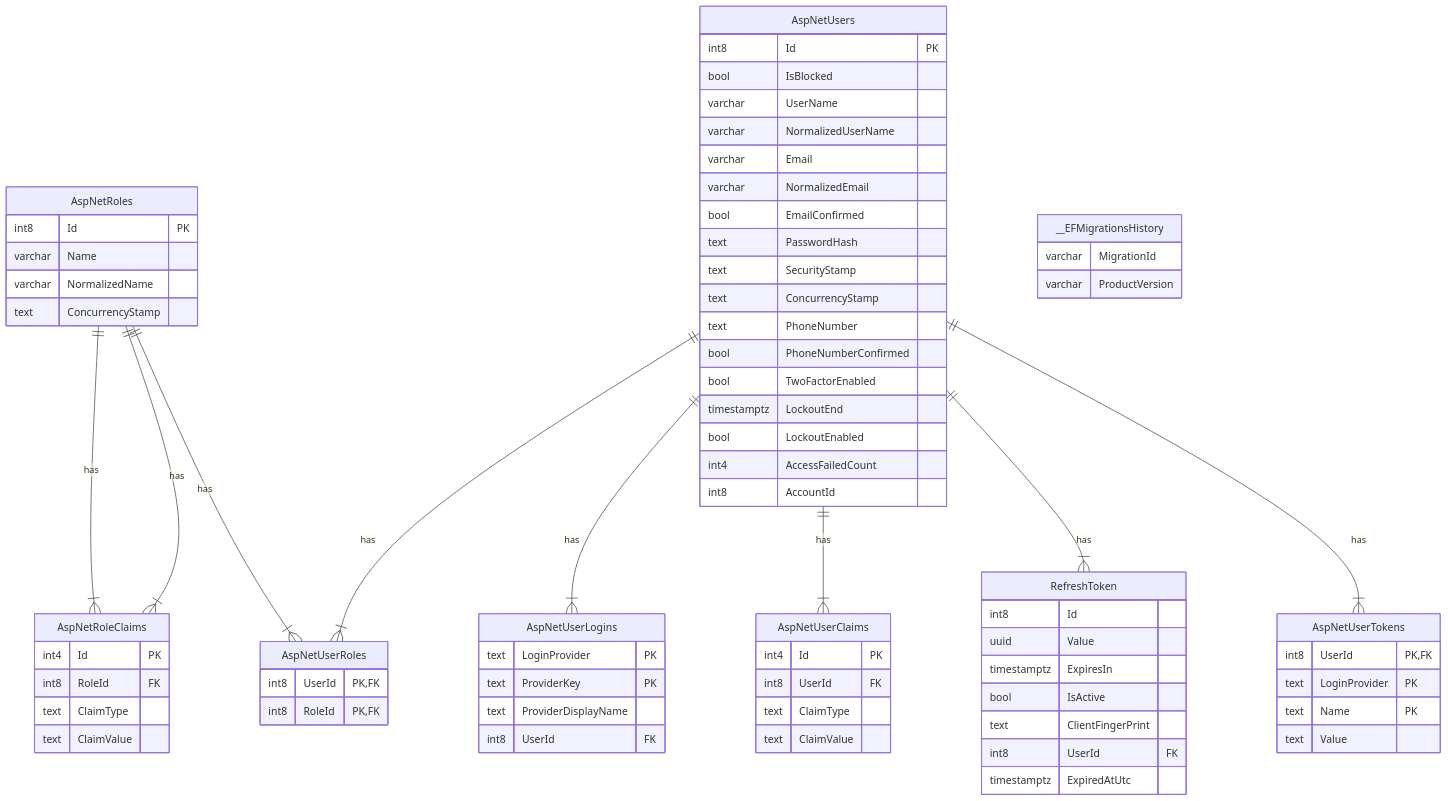
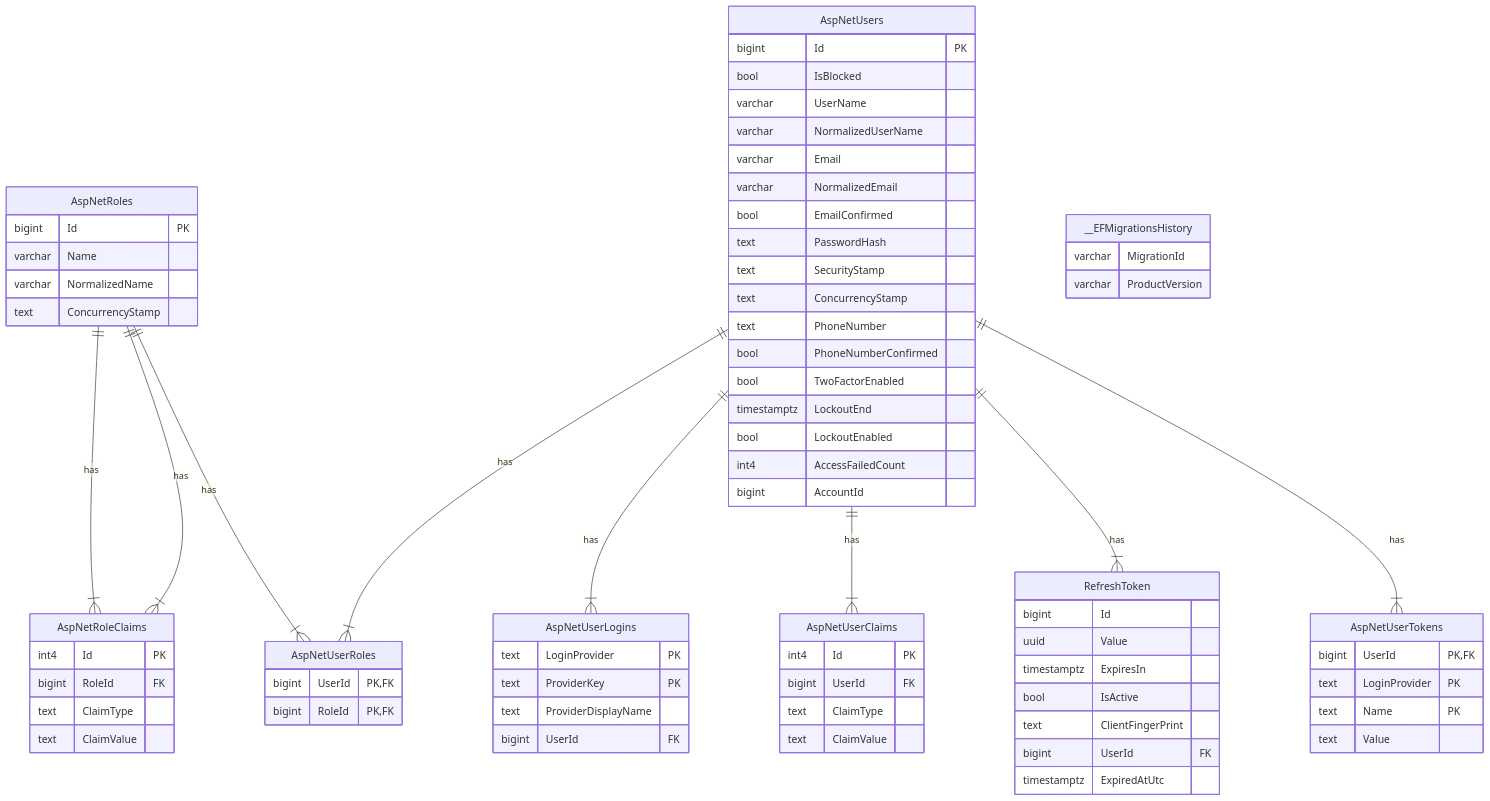
One commit to TourmalineCore/auth-api changed the diagram in README.md. Above: the diagram before and after it, drawn with Mermaid.

Commit message:
fix(db types): replace int8 to bigint in db scheme docs in README

```diff
--- a/README.md
+++ b/README.md
@@ -24,13 +24,13 @@
 erDiagram
     AspNetRoleClaims{
         int4 Id PK
-        int8 RoleId FK
+        bigint RoleId FK
         text ClaimType
         text ClaimValue
     }
 
     AspNetRoles{
-        int8 Id PK
+        bigint Id PK
         varchar Name
         varchar NormalizedName
         text ConcurrencyStamp
@@ -38,7 +38,7 @@
 
     AspNetUserClaims{
         int4 Id PK
-        int8 UserId FK
+        bigint UserId FK
         text ClaimType
         text ClaimValue
     }
@@ -47,23 +47,23 @@
         text LoginProvider PK
         text ProviderKey PK
         text ProviderDisplayName
-        int8 UserId FK
+        bigint UserId FK
     }
 
     AspNetUserRoles{
-        int8 UserId PK, FK
-        int8 RoleId PK, FK
+        bigint UserId PK, FK
+        bigint RoleId PK, FK
     }
 
     AspNetUserTokens{
-        int8 UserId PK, FK
+        bigint UserId PK, FK
         text LoginProvider PK
         text Name PK
         text Value
     }
 
     AspNetUsers{
-        int8 Id PK
+        bigint Id PK
         bool IsBlocked
         varchar UserName
         varchar NormalizedUserName
@@ -79,16 +79,16 @@
         timestamptz LockoutEnd
         bool LockoutEnabled
         int4 AccessFailedCount
-        int8 AccountId
+        bigint AccountId
     }
 
     RefreshToken{
-        int8 Id
+        bigint Id
         uuid Value
         timestamptz ExpiresIn
         bool IsActive
         text ClientFingerPrint
-        int8 UserId FK
+        bigint UserId FK
         timestamptz ExpiredAtUtc
     }
 
```
